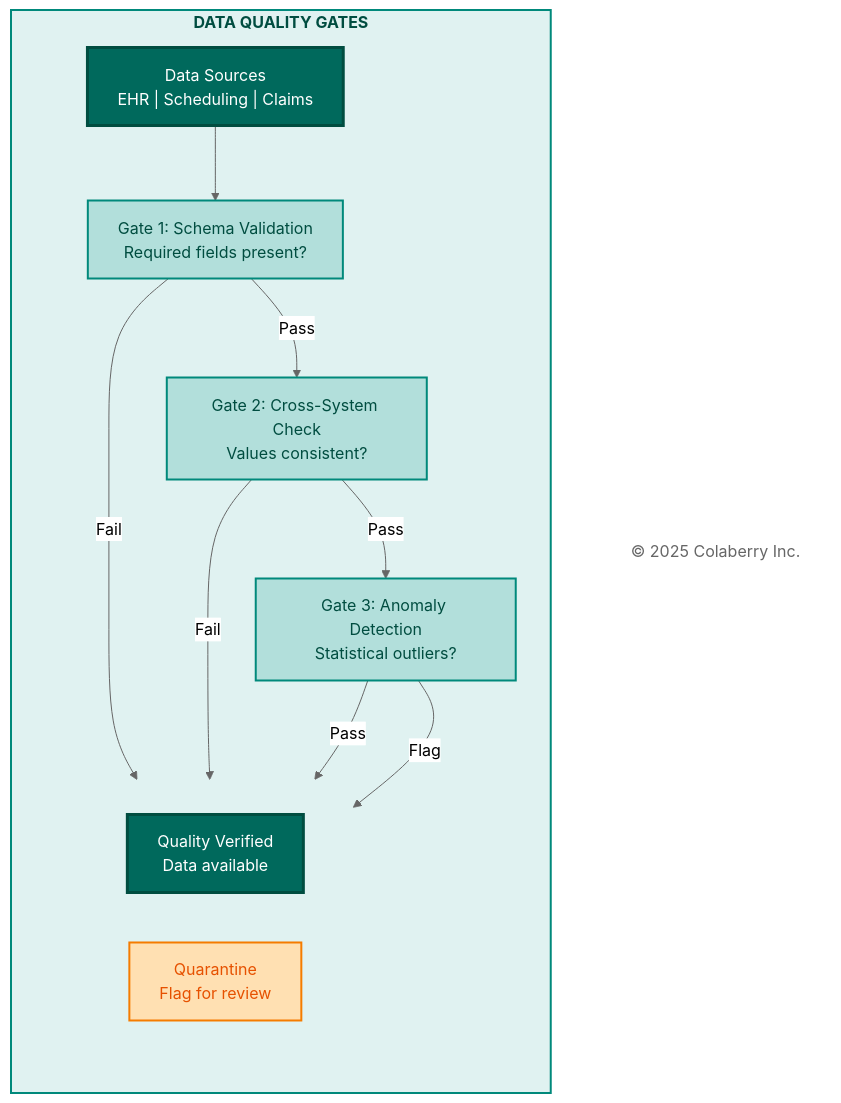
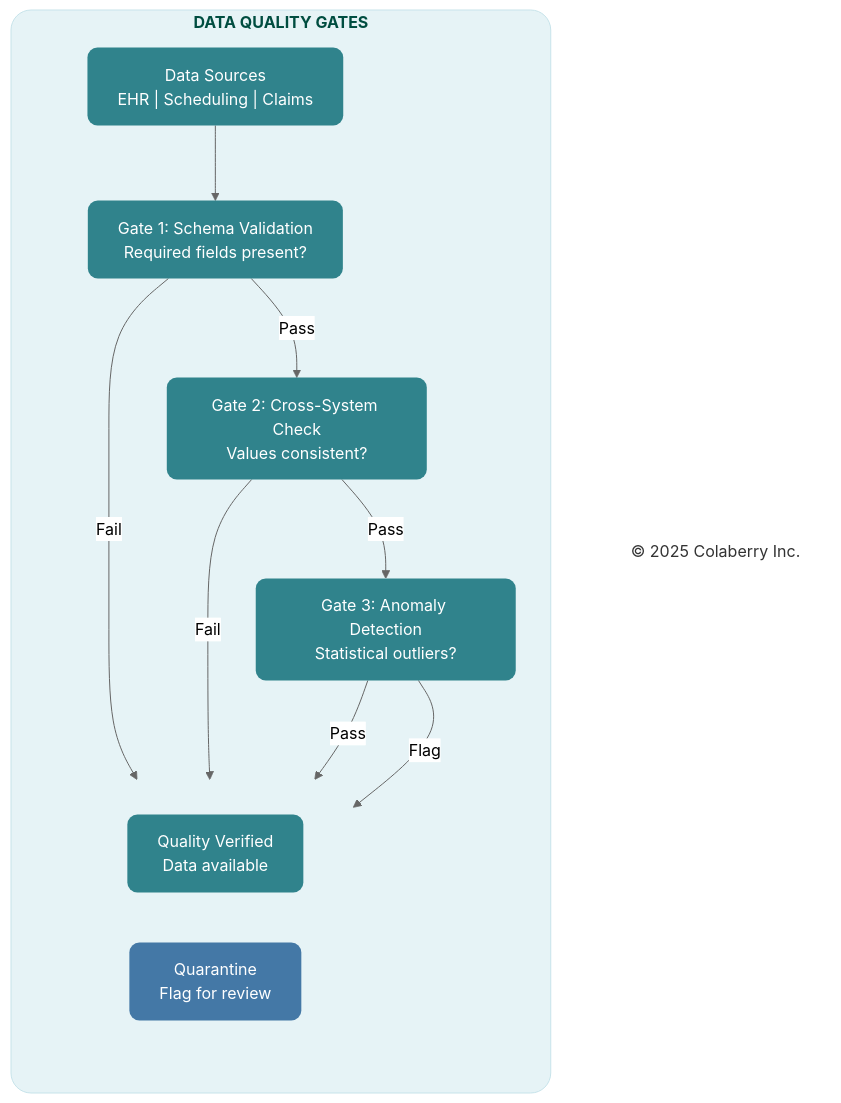
Before and after one commit to saitejesh-cyber/trust-before-intelligence-book: the diagram in mermaid-source/figure-8-6.mmd, drawn with Mermaid (neutral theme). The commit also changed 219 other files, not shown here.

Commit message:
Reapply PR #5 palette and regenerate smooth-edge figure PNGs

```diff
--- a/mermaid-source/figure-8-6.mmd
+++ b/mermaid-source/figure-8-6.mmd
@@ -1,36 +1,36 @@
 
 graph TB
   subgraph QUALITY["<b>DATA QUALITY GATES</b>"]
     direction TB
     SOURCE["Data Sources<br/>EHR | Scheduling | Claims"]
     
     GATE1["Gate 1: Schema Validation<br/>Required fields present?"]
     GATE2["Gate 2: Cross-System Check<br/>Values consistent?"]
     GATE3["Gate 3: Anomaly Detection<br/>Statistical outliers?"]
     
     subgraph OUTCOMES[" "]
       direction LR
       PASS["Quality Verified<br/>Data available"]
       QUARANTINE["Quarantine<br/>Flag for review"]
     end
   end
   
   Copyright["© 2025 Colaberry Inc."]
   
   SOURCE --> GATE1
   GATE1 -->|"Pass"| GATE2
   GATE1 -->|"Fail"| QUARANTINE
   GATE2 -->|"Pass"| GATE3
   GATE2 -->|"Fail"| QUARANTINE
   GATE3 -->|"Pass"| PASS
   GATE3 -->|"Flag"| QUARANTINE
   
-  style QUALITY fill:#e0f2f1,stroke:#00897b,stroke-width:2px,color:#004d40
-  style SOURCE fill:#00695c,color:#ffffff,stroke:#004d40,stroke-width:3px
-  style GATE1 fill:#b2dfdb,stroke:#00897b,stroke-width:2px,color:#004d40
-  style GATE2 fill:#b2dfdb,stroke:#00897b,stroke-width:2px,color:#004d40
-  style GATE3 fill:#b2dfdb,stroke:#00897b,stroke-width:2px,color:#004d40
+  style QUALITY fill:#e6f3f6,stroke:#c7e3ea,stroke-width:1px,color:#004d40,rx:20,ry:20
+  style SOURCE fill:#30838C,stroke:none,color:#ffffff,rx:10,ry:10
+  style GATE1 fill:#30838C,stroke:none,color:#ffffff,rx:10,ry:10
+  style GATE2 fill:#30838C,stroke:none,color:#ffffff,rx:10,ry:10
+  style GATE3 fill:#30838C,stroke:none,color:#ffffff,rx:10,ry:10
   style OUTCOMES fill:none,stroke:none
-  style PASS fill:#00695c,color:#ffffff,stroke:#004d40,stroke-width:3px
-  style QUARANTINE fill:#ffe0b2,stroke:#f57c00,stroke-width:2px,color:#e65100
-  style Copyright fill:#ffffff,stroke:none,color:#666666
+  style PASS fill:#30838C,stroke:none,color:#ffffff,rx:10,ry:10
+  style QUARANTINE fill:#4478A6,stroke:none,color:#ffffff,rx:10,ry:10
+  style Copyright fill:none,stroke:none,color:#333333
```
